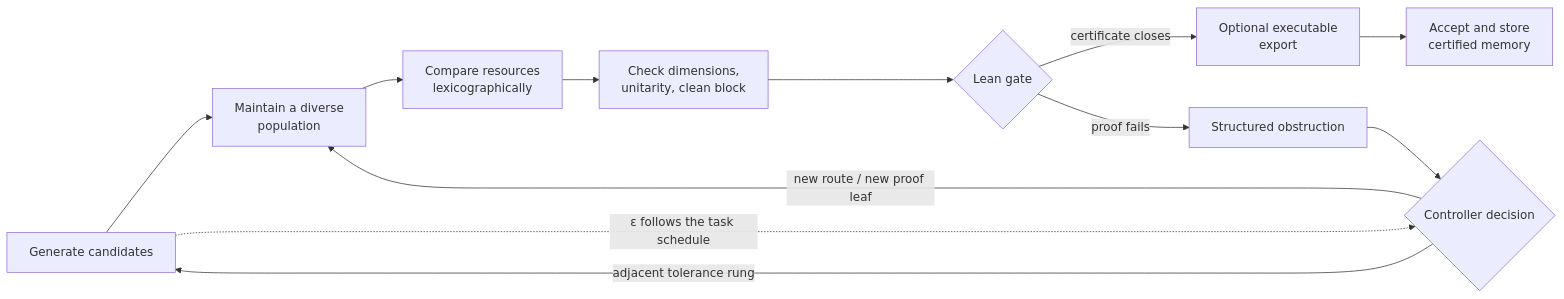
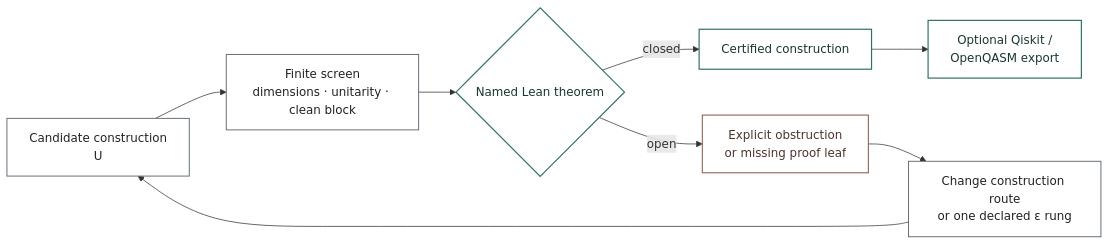
One commit to DakeBU/Quantum-Computing-Block-Encoding changed the diagram in website/diagrams/candidate-lifecycle.mmd. Above: the diagram before and after it, drawn with Mermaid.

Commit message:
polish: simplify candidate lifecycle diagram

```diff
--- a/website/diagrams/candidate-lifecycle.mmd
+++ b/website/diagrams/candidate-lifecycle.mmd
@@ -1,12 +1,15 @@
 flowchart LR
-  G["Generate candidates"] --> P["Maintain a diverse<br/>population"]
-  P --> S["Compare resources<br/>lexicographically"]
-  S --> V["Check dimensions,<br/>unitarity, clean block"]
-  V --> K{"Lean gate"}
-  K -- "certificate closes" --> E["Optional executable<br/>export"]
-  K -- "proof fails" --> F["Structured obstruction"]
-  E --> A["Accept and store<br/>certified memory"]
-  F --> T{"Controller decision"}
-  T -- "new route / new proof leaf" --> P
-  T -- "adjacent tolerance rung" --> G
-  G -. "ε follows the task schedule" .-> T
+  C["Candidate construction<br/>U"] --> F["Finite screen<br/>dimensions · unitarity · clean block"]
+  F --> L{"Named Lean theorem"}
+  L -- "closed" --> V["Certified construction"]
+  V --> E["Optional Qiskit /<br/>OpenQASM export"]
+  L -- "open" --> O["Explicit obstruction<br/>or missing proof leaf"]
+  O --> R["Change construction route<br/>or one declared ε rung"]
+  R --> C
+
+  classDef math fill:#ffffff,stroke:#5b6670,color:#222222,stroke-width:1.25px;
+  classDef proof fill:#ffffff,stroke:#2f7355,color:#18382b,stroke-width:1.6px;
+  classDef fail fill:#ffffff,stroke:#8a5a4a,color:#4c332c,stroke-width:1.4px;
+  class C,F,R math;
+  class L,V,E proof;
+  class O fail;
```
